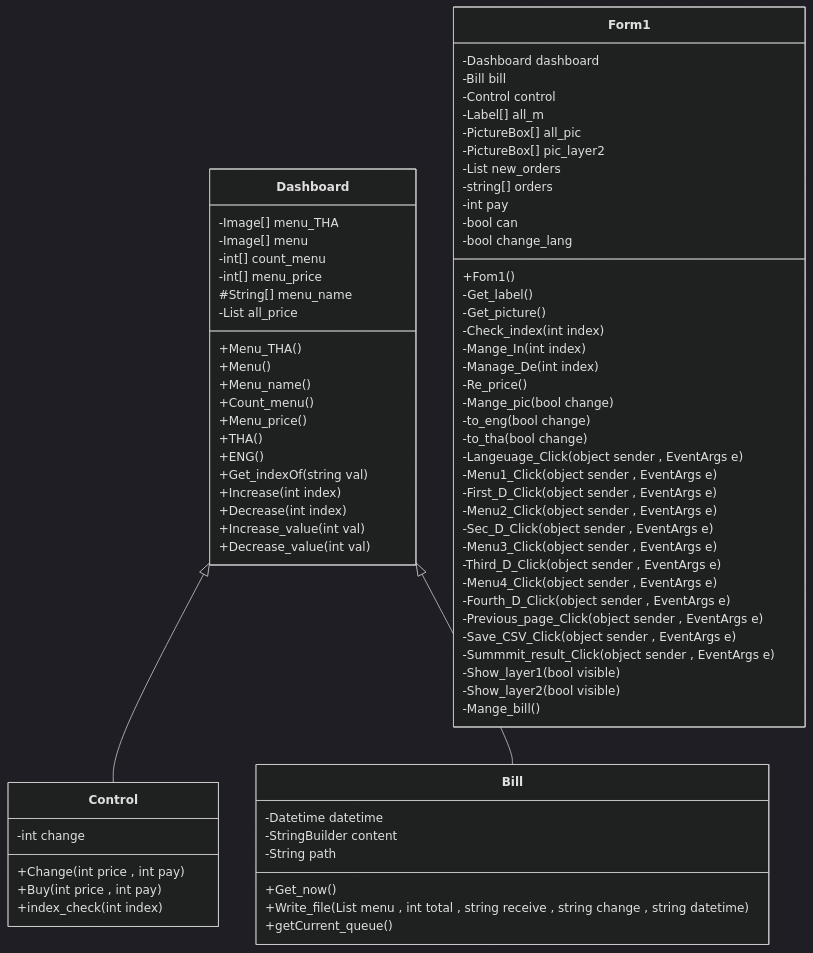
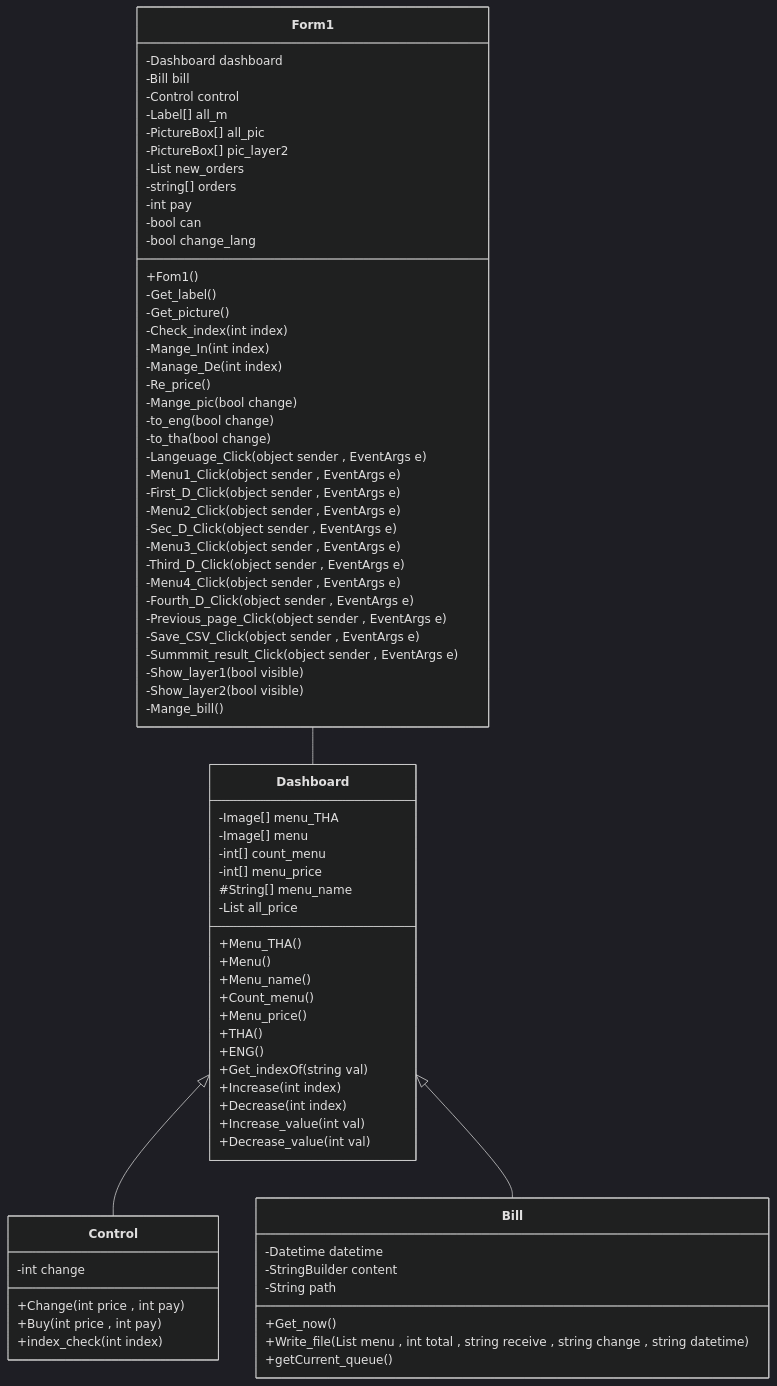
One commit to chaiyut-kun/Project_OOP_Programming changed the diagram in readme.md. Above: the diagram before and after it, drawn with Mermaid (dark theme).

````diff
--- a/readme.md
+++ b/readme.md
@@ -8,77 +8,78 @@
 ```mermaid
 classDiagram
     Dashboard <|-- Control
     Dashboard <|-- Bill
+    Form1 -- Dashboard
     class Bill{
         -Datetime datetime
         -StringBuilder content
         -String path 
         +Get_now()
         +Write_file(List<string> menu , int total , string receive , string change , string datetime)
         +getCurrent_queue()
     }
     class Dashboard{
         -Image[] menu_THA
         -Image[] menu
         -int[] count_menu
         -int[] menu_price
         #String[] menu_name
         -List<int> all_price
         +Menu_THA() 
         +Menu() 
         +Menu_name() 
         +Count_menu() 
         +Menu_price() 
         +THA() 
         +ENG() 
         +Get_indexOf(string val)    
         +Increase(int index) 
         +Decrease(int index)
         +Increase_value(int val)
         +Decrease_value(int val) 
     }
 class Control{
     -int change
     +Change(int price , int pay) 
     +Buy(int price , int pay) 
     +index_check(int index) 
 }
 class Form1{
     -Dashboard dashboard
     -Bill bill
     -Control control
     -Label[] all_m
     -PictureBox[] all_pic
     -PictureBox[] pic_layer2
     -List<string> new_orders
     -string[] orders
     -int pay
     -bool can
     -bool change_lang
     +Fom1()
     -Get_label() 
     -Get_picture() 
     -Check_index(int index) 
     -Mange_In(int index) 
     -Manage_De(int index) 
     -Re_price() 
     -Mange_pic(bool change)
     -to_eng(bool change)
     -to_tha(bool change)
     -Langeuage_Click(object sender , EventArgs e) 
     -Menu1_Click(object sender , EventArgs e) 
     -First_D_Click(object sender , EventArgs e) 
     -Menu2_Click(object sender , EventArgs e) 
     -Sec_D_Click(object sender , EventArgs e) 
     -Menu3_Click(object sender , EventArgs e) 
     -Third_D_Click(object sender , EventArgs e) 
     -Menu4_Click(object sender , EventArgs e) 
     -Fourth_D_Click(object sender , EventArgs e) 
     -Previous_page_Click(object sender , EventArgs e) 
     -Save_CSV_Click(object sender , EventArgs e) 
     -Summmit_result_Click(object sender , EventArgs e) 
     -Show_layer1(bool visible) 
     -Show_layer2(bool visible) 
     -Mange_bill() 
 } 
 ```
````
